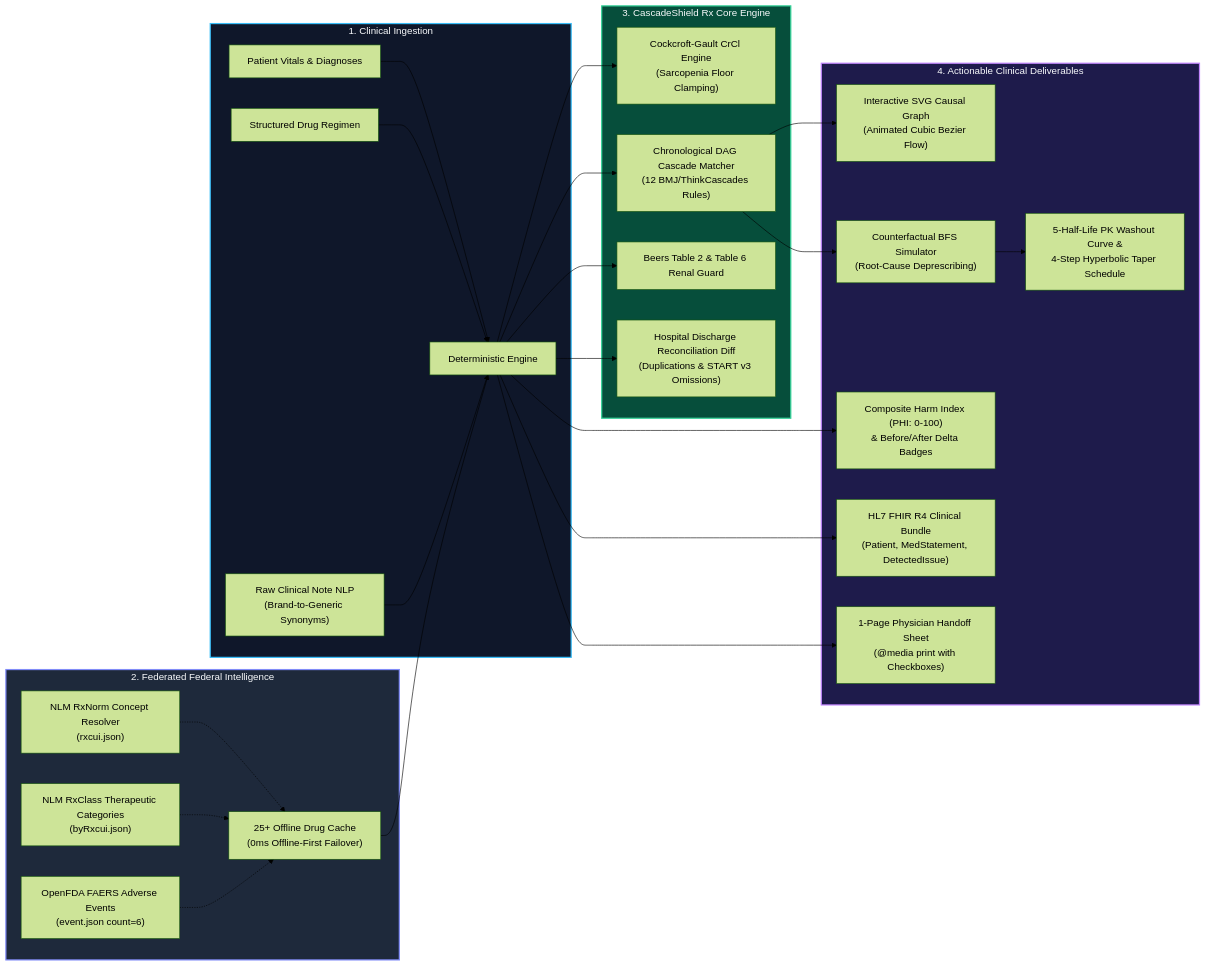
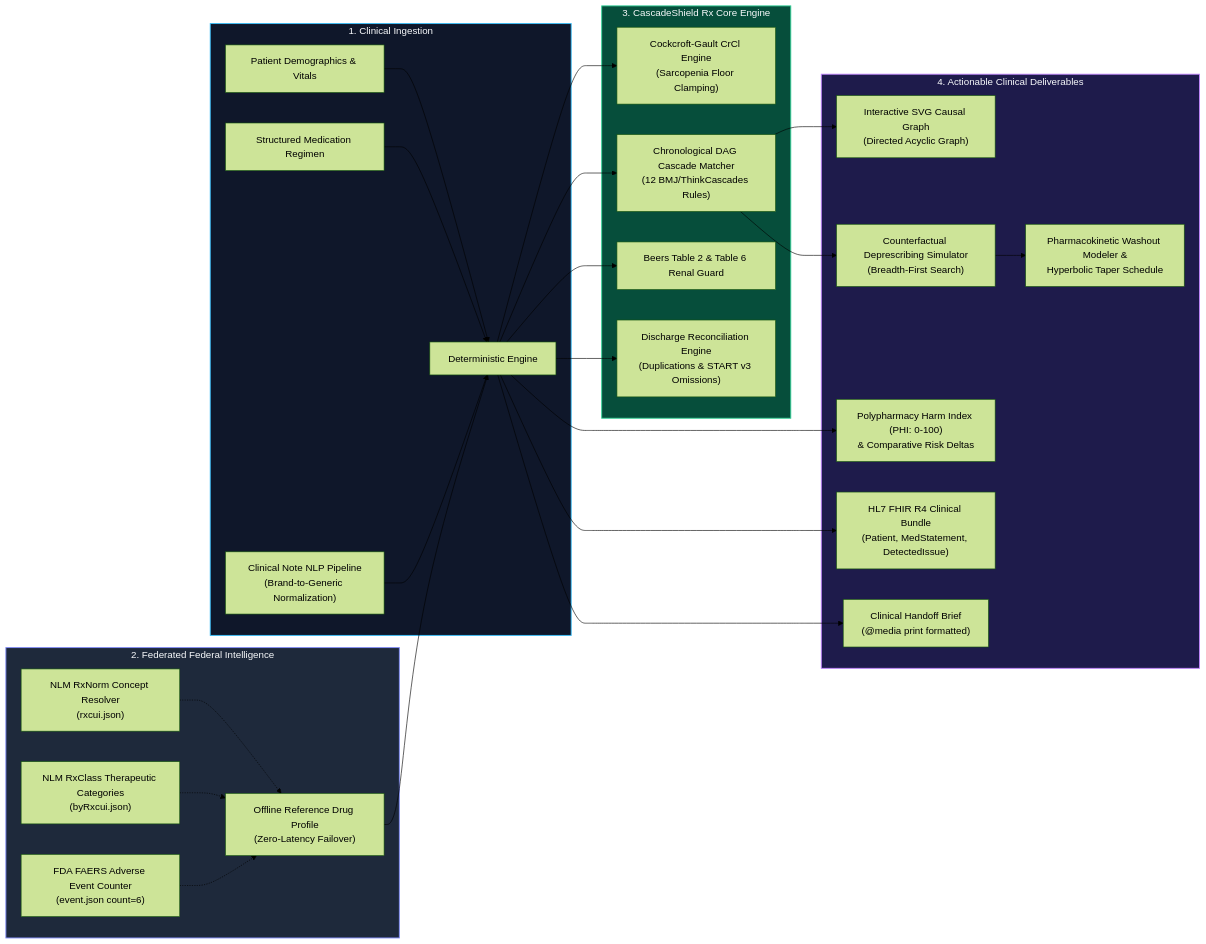
Before and after one commit to arulmuruganmcse2024-tech/cascadeshield-rx: the first of 2 diagrams in README.md, drawn with Mermaid (forest theme). The commit also changed other lines of this file and 3 other files, not shown here.

Commit message:
docs: refine clinical documentation tone, convert backend architecture to mermaid, remove superfluous iconography

````diff
--- a/README.md
+++ b/README.md
@@ -56,40 +58,40 @@
 ```mermaid
 graph LR
     subgraph INPUTS ["1. Clinical Ingestion"]
-        A["Patient Vitals & Diagnoses"] --> D["Deterministic Engine"]
-        B["Structured Drug Regimen"] --> D
-        C["Raw Clinical Note NLP<br/>(Brand-to-Generic Synonyms)"] --> D
+        A["Patient Demographics & Vitals"] --> D["Deterministic Engine"]
+        B["Structured Medication Regimen"] --> D
+        C["Clinical Note NLP Pipeline<br/>(Brand-to-Generic Normalization)"] --> D
     end
 
     subgraph FED_REST ["2. Federated Federal Intelligence"]
         E["NLM RxNorm Concept Resolver<br/>(rxcui.json)"]
         F["NLM RxClass Therapeutic Categories<br/>(byRxcui.json)"]
-        G["OpenFDA FAERS Adverse Events<br/>(event.json count=6)"]
-        H["25+ Offline Drug Cache<br/>(0ms Offline-First Failover)"]
+        G["FDA FAERS Adverse Event Counter<br/>(event.json count=6)"]
+        H["Offline Reference Drug Profile<br/>(Zero-Latency Failover)"]
         E -.-> H
         F -.-> H
         G -.-> H
     end
 
     subgraph CORE_ENGINE ["3. CascadeShield Rx Core Engine"]
         D --> I["Cockcroft-Gault CrCl Engine<br/>(Sarcopenia Floor Clamping)"]
         D --> J["Chronological DAG Cascade Matcher<br/>(12 BMJ/ThinkCascades Rules)"]
         D --> K["Beers Table 2 & Table 6 Renal Guard"]
-        D --> L["Hospital Discharge Reconciliation Diff<br/>(Duplications & START v3 Omissions)"]
+        D --> L["Discharge Reconciliation Engine<br/>(Duplications & START v3 Omissions)"]
         H --> D
     end
 
     subgraph OUTPUTS ["4. Actionable Clinical Deliverables"]
-        J --> M["Interactive SVG Causal Graph<br/>(Animated Cubic Bezier Flow)"]
-        J --> N["Counterfactual BFS Simulator<br/>(Root-Cause Deprescribing)"]
-        N --> O["5-Half-Life PK Washout Curve &<br/>4-Step Hyperbolic Taper Schedule"]
-        D --> P["Composite Harm Index (PHI: 0-100)<br/>& Before/After Delta Badges"]
+        J --> M["Interactive SVG Causal Graph<br/>(Directed Acyclic Graph)"]
+        J --> N["Counterfactual Deprescribing Simulator<br/>(Breadth-First Search)"]
+        N --> O["Pharmacokinetic Washout Modeler &<br/>Hyperbolic Taper Schedule"]
+        D --> P["Polypharmacy Harm Index (PHI: 0-100)<br/>& Comparative Risk Deltas"]
         D --> Q["HL7 FHIR R4 Clinical Bundle<br/>(Patient, MedStatement, DetectedIssue)"]
-        D --> R["1-Page Physician Handoff Sheet<br/>(@media print with Checkboxes)"]
+        D --> R["Clinical Handoff Brief<br/>(@media print formatted)"]
     end
 
-    style INPUTS fill:#0F172A,stroke:#38BDF8,stroke-width:2px,color:#F8FAFC
-    style FED_REST fill:#1E293B,stroke:#818CF8,stroke-width:2px,color:#F8FAFC
-    style CORE_ENGINE fill:#064E3B,stroke:#34D399,stroke-width:2px,color:#F8FAFC
-    style OUTPUTS fill:#1E1B4B,stroke:#C084FC,stroke-width:2px,color:#F8FAFC
+    style INPUTS fill:#0F172A,stroke:#38BDF8,stroke-width:1.5px,color:#F8FAFC
+    style FED_REST fill:#1E293B,stroke:#818CF8,stroke-width:1.5px,color:#F8FAFC
+    style CORE_ENGINE fill:#064E3B,stroke:#34D399,stroke-width:1.5px,color:#F8FAFC
+    style OUTPUTS fill:#1E1B4B,stroke:#C084FC,stroke-width:1.5px,color:#F8FAFC
 ```
````
